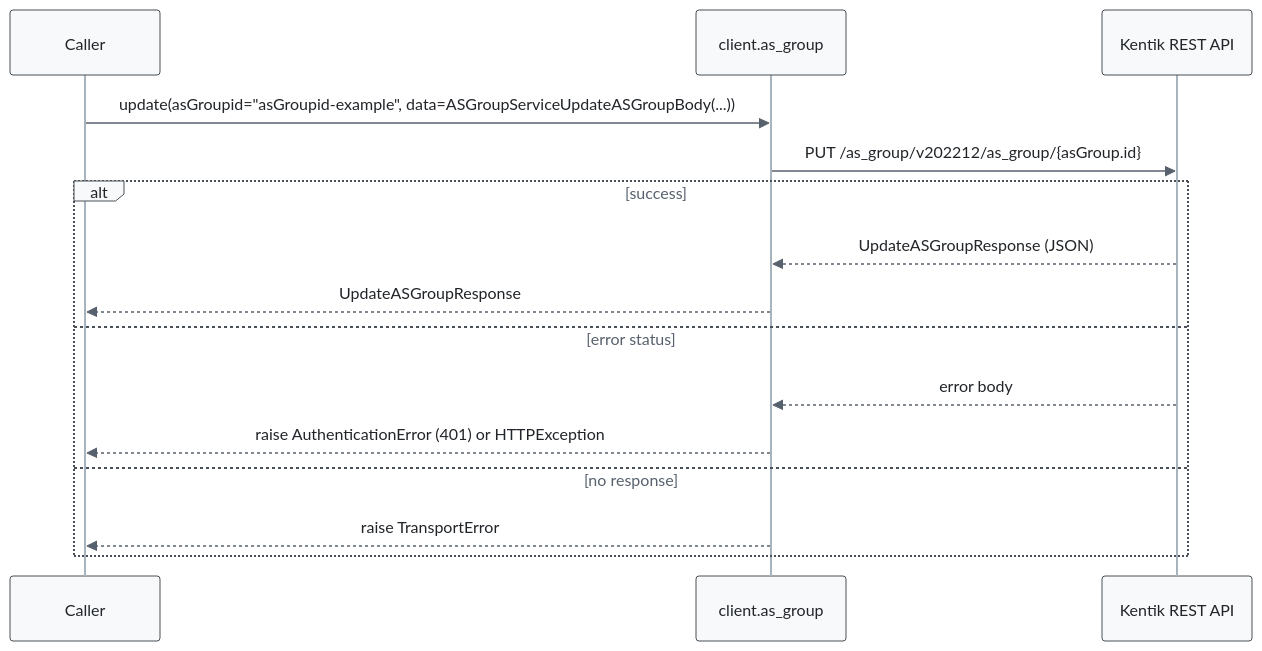
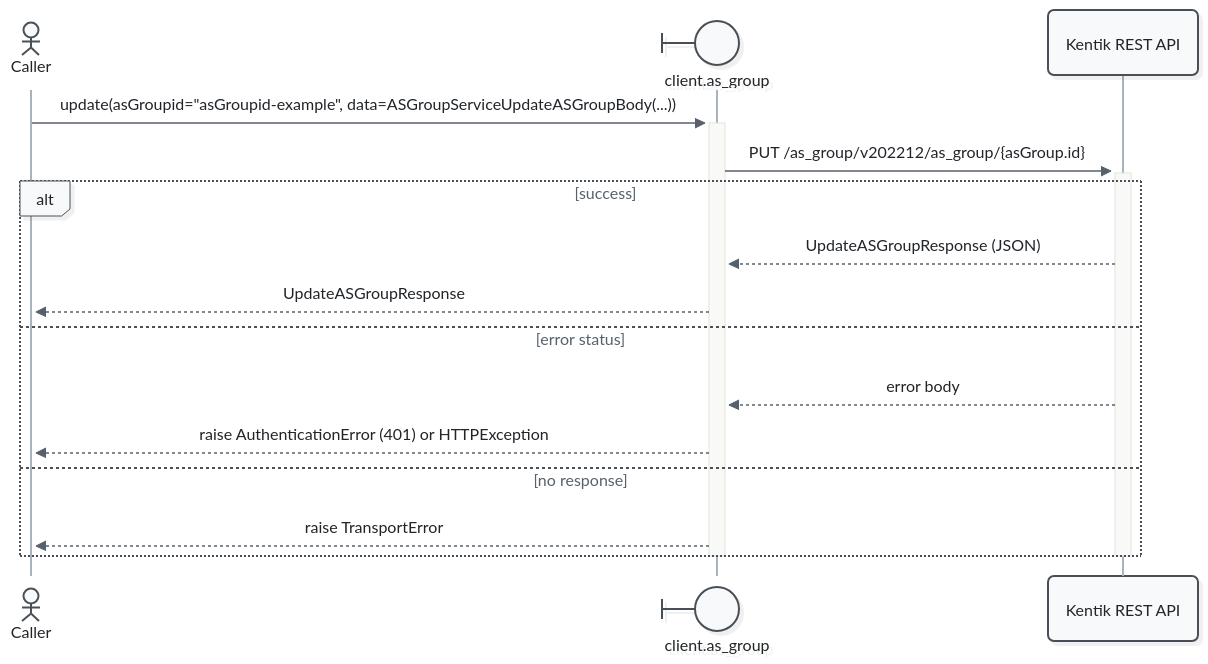
Before and after one commit to alexdearaujo/community_sdk_python: the seventh of 11 diagrams in docs/sphinx/services/as_group.md, drawn with Mermaid. The commit also changed other lines of this file and 52 other files, not shown here.

First line of the commit message:
docs: Mermaid 12 sequence diagrams with participant types and path colors

````diff
--- a/docs/sphinx/services/as_group.md
+++ b/docs/sphinx/services/as_group.md
@@ -260,19 +275,21 @@
 ```mermaid
-%%{init: {"theme": "base", "fontFamily": "ui-monospace, SFMono-Regular, Menlo, monospace", "themeVariables": {"fontFamily": "ui-monospace, SFMono-Regular, Menlo, monospace", "primaryColor": "#f8f9fa", "primaryBorderColor": "#495057", "primaryTextColor": "#212529", "textColor": "#212529", "lineColor": "#77818c", "edgeLabelBackground": "#ffffff", "actorBkg": "#f8f9fa", "actorBorder": "#495057", "actorTextColor": "#212529", "actorLineColor": "#a9b3be", "signalColor": "#57616d", "signalTextColor": "#212529", "labelBoxBkgColor": "#f8f9fa", "labelBoxBorderColor": "#495057", "labelTextColor": "#212529", "loopTextColor": "#57616d", "noteBkgColor": "#fff9db", "noteBorderColor": "#f08c00", "noteTextColor": "#a35a00"}, "flowchart": {"curve": "step", "nodeSpacing": 30, "rankSpacing": 70, "wrappingWidth": 400}}}%%
+%%{init: {"theme": "redux", "look": "neo", "layout": "dagre", "fontFamily": "ui-monospace, SFMono-Regular, Menlo, monospace", "themeVariables": {"fontFamily": "ui-monospace, SFMono-Regular, Menlo, monospace", "primaryColor": "#f8f9fa", "primaryBorderColor": "#495057", "primaryTextColor": "#212529", "textColor": "#212529", "lineColor": "#77818c", "edgeLabelBackground": "#ffffff", "actorBkg": "#f8f9fa", "actorBorder": "#495057", "actorTextColor": "#212529", "actorLineColor": "#a9b3be", "signalColor": "#57616d", "signalTextColor": "#212529", "labelBoxBkgColor": "#f8f9fa", "labelBoxBorderColor": "#495057", "labelTextColor": "#212529", "loopTextColor": "#57616d", "noteBkgColor": "#fff9db", "noteBorderColor": "#f08c00", "noteTextColor": "#a35a00"}, "sequence": {"activationWidth": 16}, "flowchart": {"curve": "step", "nodeSpacing": 30, "rankSpacing": 70, "wrappingWidth": 400}}}%%
 sequenceDiagram
-    participant C as Caller
-    participant W as client.as_group
+    actor C as Caller
+    participant W@{ "type": "boundary" } as client.as_group
     participant API as Kentik REST API
 
-    C->>W: update(asGroupid="asGroupid-example", data=ASGroupServiceUpdateASGroupBody(...))
-    W->>API: PUT /as_group/v202212/as_group/{asGroup.id}
+    C->>+W: update(asGroupid="asGroupid-example", data=ASGroupServiceUpdateASGroupBody(...))
+    W->>+API: PUT /as_group/v202212/as_group/{asGroup.id}
     alt success
         API-->>W: UpdateASGroupResponse (JSON)
         W-->>C: UpdateASGroupResponse
     else error status
         API-->>W: error body
         W-->>C: raise AuthenticationError (401) or HTTPException
     else no response
         W-->>C: raise TransportError
     end
+    deactivate API
+    deactivate W
 ```
````
